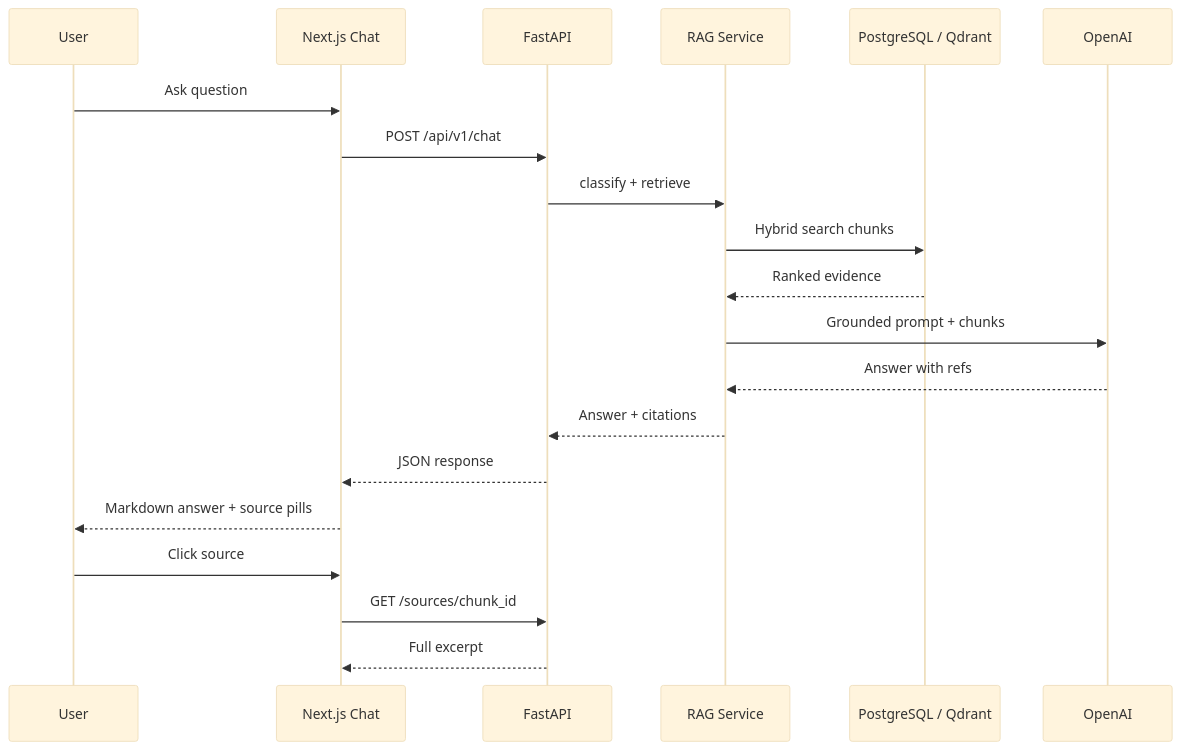
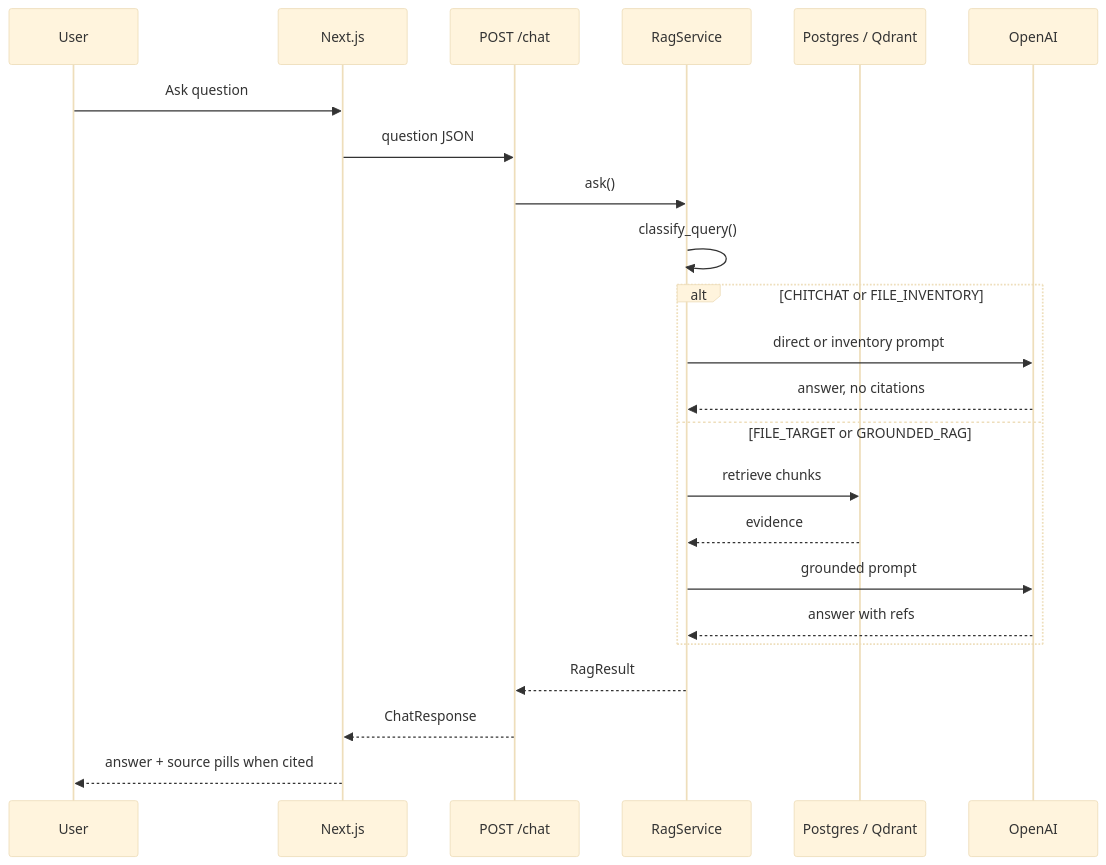
Before and after one commit to mahad816/DriveMind_AI: the seventh of 7 diagrams in README.md, drawn with Mermaid (base theme). The commit also changed other lines of this file and 3 other files, not shown here.

Commit message:
docs: fix README diagrams to match actual RAG and indexing flows

````diff
--- a/README.md
+++ b/README.md
@@ -223,23 +224,26 @@
 ```mermaid
 sequenceDiagram
     participant U as User
-    participant UI as Next.js Chat
-    participant API as FastAPI
-    participant RAG as RAG Service
-    participant DB as PostgreSQL / Qdrant
+    participant UI as Next.js
+    participant API as POST /chat
+    participant RAG as RagService
+    participant DB as Postgres / Qdrant
     participant LLM as OpenAI
 
     U->>UI: Ask question
-    UI->>API: POST /api/v1/chat
-    API->>RAG: classify + retrieve
-    RAG->>DB: Hybrid search chunks
-    DB-->>RAG: Ranked evidence
-    RAG->>LLM: Grounded prompt + chunks
-    LLM-->>RAG: Answer with refs
-    RAG-->>API: Answer + citations
-    API-->>UI: JSON response
-    UI-->>U: Markdown answer + source pills
-    U->>UI: Click source
-    UI->>API: GET /sources/chunk_id
-    API-->>UI: Full excerpt
+    UI->>API: question JSON
+    API->>RAG: ask()
+    RAG->>RAG: classify_query()
+    alt CHITCHAT or FILE_INVENTORY
+        RAG->>LLM: direct or inventory prompt
+        LLM-->>RAG: answer, no citations
+    else FILE_TARGET or GROUNDED_RAG
+        RAG->>DB: retrieve chunks
+        DB-->>RAG: evidence
+        RAG->>LLM: grounded prompt
+        LLM-->>RAG: answer with refs
+    end
+    RAG-->>API: RagResult
+    API-->>UI: ChatResponse
+    UI-->>U: answer + source pills when cited
 ```
````
